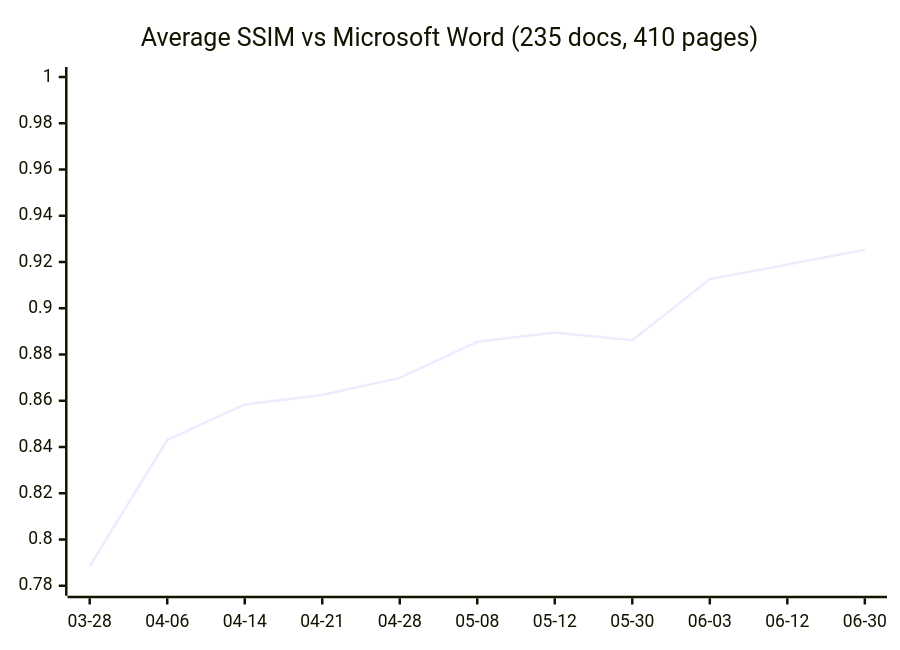
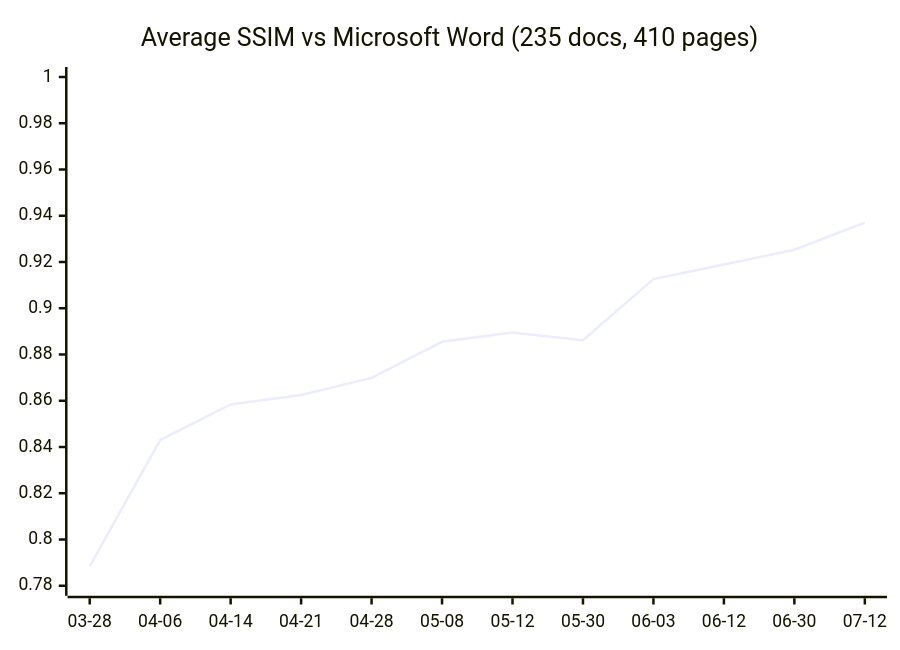
The diagram in README.md (Ryujiyasu/oxi), drawn with Mermaid before and after one commit. The commit also changed other lines of this file, not shown here.

````diff
--- a/README.md
+++ b/README.md
@@ -217,7 +219,7 @@
 ```mermaid
 xychart-beta
   title "Average SSIM vs Microsoft Word (235 docs, 410 pages)"
-  x-axis ["03-28", "04-06", "04-14", "04-21", "04-28", "05-08", "05-12", "05-30", "06-03", "06-12", "06-30"]
+  x-axis ["03-28", "04-06", "04-14", "04-21", "04-28", "05-08", "05-12", "05-30", "06-03", "06-12", "06-30", "07-12"]
   y-axis 0.78 --> 1.0
-  line [0.7884, 0.8430, 0.8584, 0.8625, 0.8699, 0.8855, 0.8895, 0.8862, 0.9126, 0.9189, 0.9253]
+  line [0.7884, 0.8430, 0.8584, 0.8625, 0.8699, 0.8855, 0.8895, 0.8862, 0.9126, 0.9189, 0.9253, 0.9370]
 ```
````
